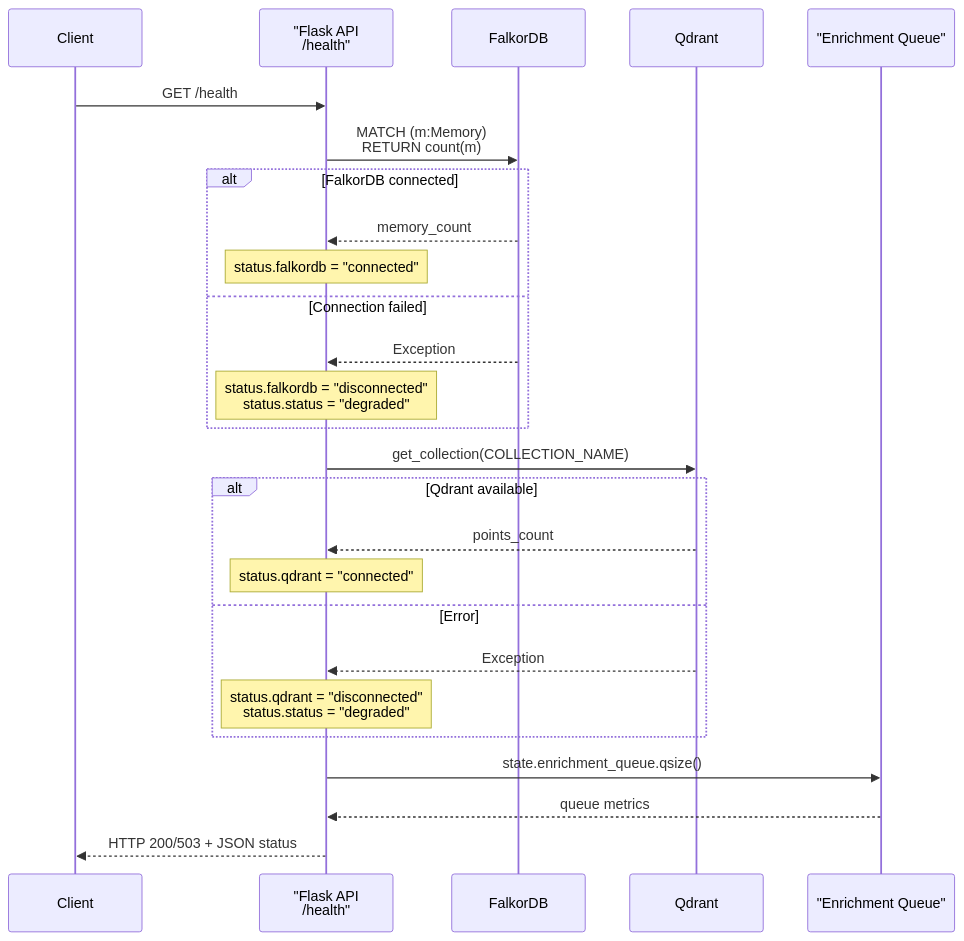
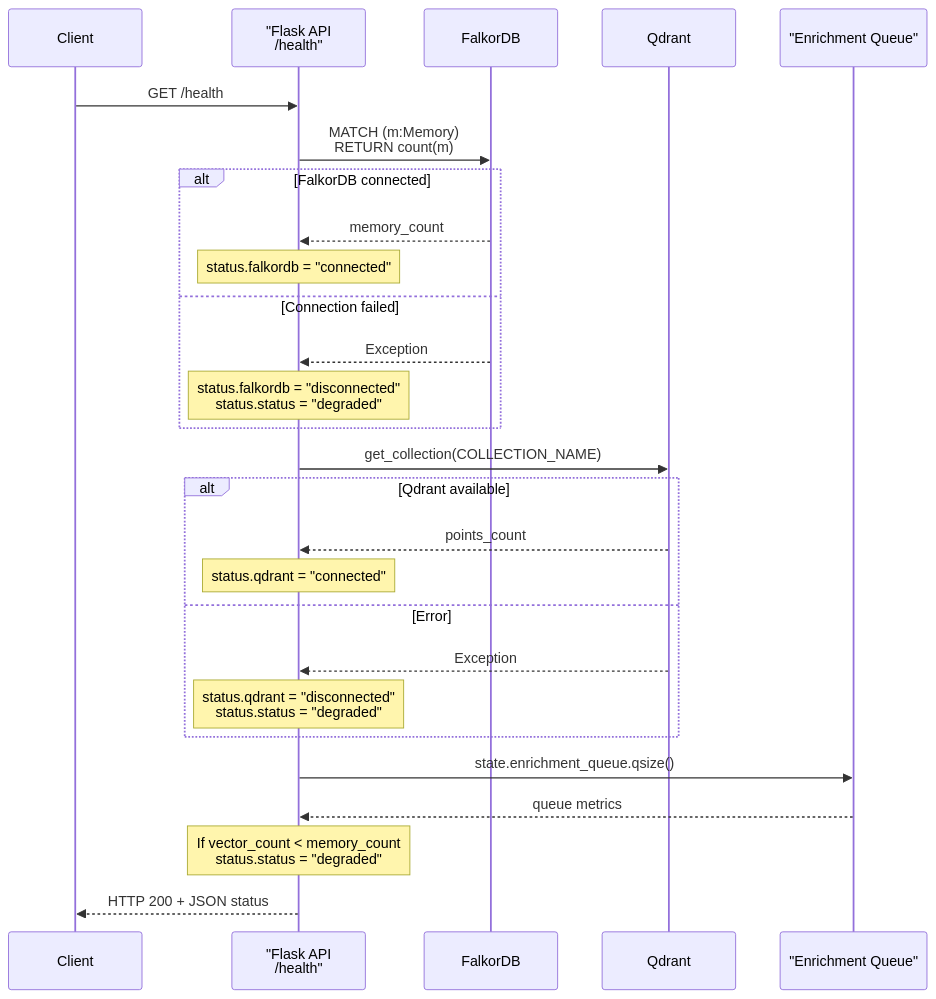
The first of 4 diagrams in src/content/docs/docs/reference/api/health.md (verygoodplugins/automem-website), drawn with Mermaid before and after one commit. The commit also changed other lines of this file, not shown here.

````diff
--- a/src/content/docs/docs/reference/api/health.md
+++ b/src/content/docs/docs/reference/api/health.md
@@ -41,33 +41,35 @@
 ```mermaid
 sequenceDiagram
     participant Client
     participant Flask as "Flask API<br/>/health"
     participant FalkorDB
     participant Qdrant
     participant EnrichmentQ as "Enrichment Queue"
 
     Client->>Flask: GET /health
 
     Flask->>FalkorDB: MATCH (m:Memory)<br/>RETURN count(m)
     alt FalkorDB connected
         FalkorDB-->>Flask: memory_count
         Note over Flask: status.falkordb = "connected"
     else Connection failed
         FalkorDB-->>Flask: Exception
         Note over Flask: status.falkordb = "disconnected"<br/>status.status = "degraded"
     end
 
     Flask->>Qdrant: get_collection(COLLECTION_NAME)
     alt Qdrant available
         Qdrant-->>Flask: points_count
         Note over Flask: status.qdrant = "connected"
     else Error
         Qdrant-->>Flask: Exception
         Note over Flask: status.qdrant = "disconnected"<br/>status.status = "degraded"
     end
 
     Flask->>EnrichmentQ: state.enrichment_queue.qsize()
     EnrichmentQ-->>Flask: queue metrics
 
-    Flask-->>Client: HTTP 200/503 + JSON status
+    Note over Flask: If vector_count < memory_count<br/>status.status = "degraded"
+
+    Flask-->>Client: HTTP 200 + JSON status
 ```
````
